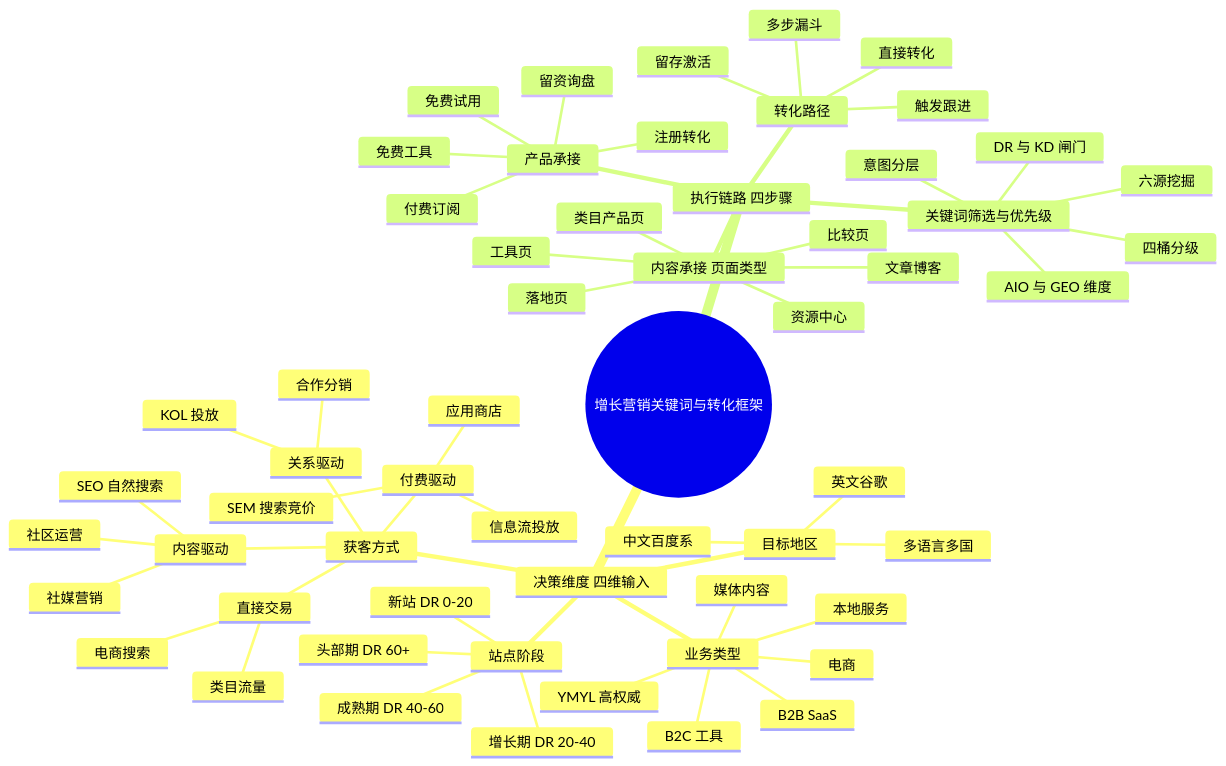
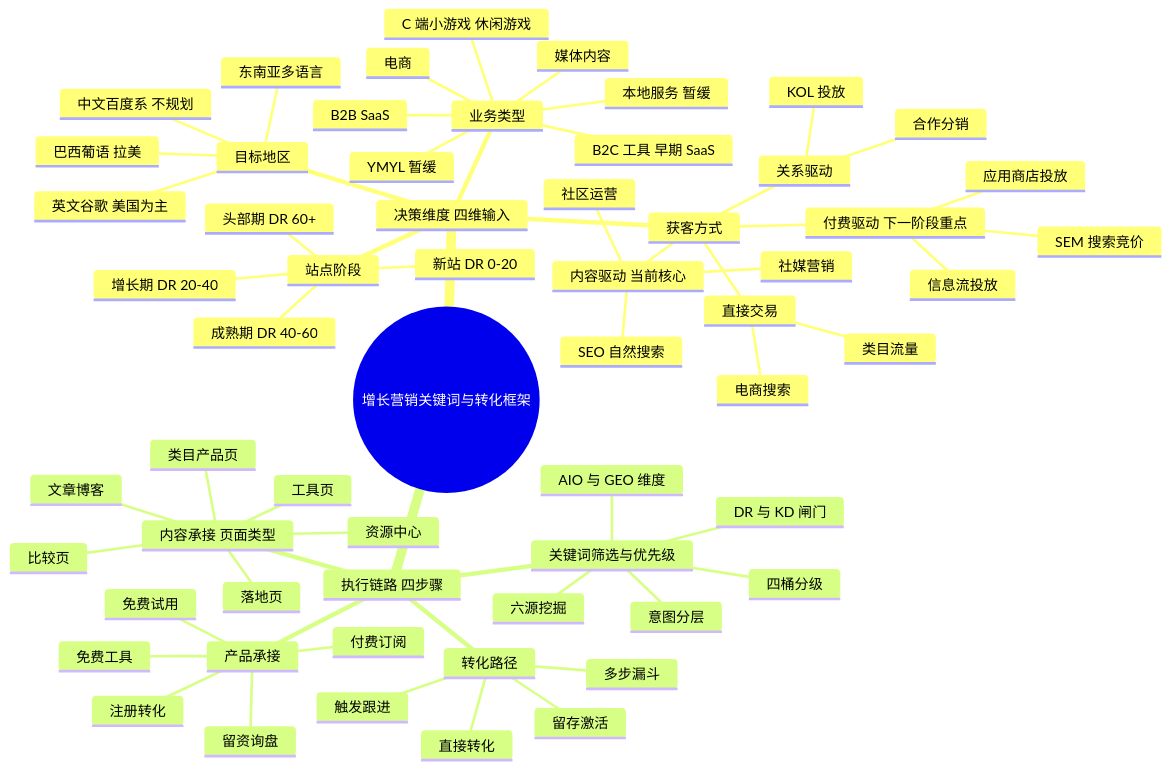
One commit to xdawayer/gengrowth-ops changed the diagram in docs/03-marketing/keyword-research-overview.md. Above: the diagram before and after it, drawn with Mermaid. The commit also changed other lines of this file, not shown here.

````diff
--- a/docs/03-marketing/keyword-research-overview.md
+++ b/docs/03-marketing/keyword-research-overview.md
@@ -41,61 +41,63 @@
 ```mermaid
 mindmap
   root((增长营销关键词与转化框架))
     决策维度 四维输入
       业务类型
+        B2C 工具 早期 SaaS
+        C 端小游戏 休闲游戏
+        电商
         B2B SaaS
-        B2C 工具
-        电商
         媒体内容
-        本地服务
-        YMYL 高权威
+        本地服务 暂缓
+        YMYL 暂缓
       站点阶段
         新站 DR 0-20
         增长期 DR 20-40
         成熟期 DR 40-60
         头部期 DR 60+
       目标地区
-        英文谷歌
-        中文百度系
-        多语言多国
+        英文谷歌 美国为主
+        巴西葡语 拉美
+        东南亚多语言
+        中文百度系 不规划
       获客方式
-        内容驱动
+        内容驱动 当前核心
           SEO 自然搜索
           社媒营销
           社区运营
-        付费驱动
+        付费驱动 下一阶段重点
           SEM 搜索竞价
           信息流投放
-          应用商店
+          应用商店投放
         关系驱动
           合作分销
           KOL 投放
         直接交易
           电商搜索
           类目流量
     执行链路 四步骤
       关键词筛选与优先级
         六源挖掘
         四桶分级
         DR 与 KD 闸门
         意图分层
         AIO 与 GEO 维度
       内容承接 页面类型
         落地页
         工具页
         文章博客
         比较页
         类目产品页
         资源中心
       产品承接
         免费试用
         免费工具
         注册转化
         付费订阅
         留资询盘
       转化路径
         直接转化
         多步漏斗
         触发跟进
         留存激活
 ```
````
